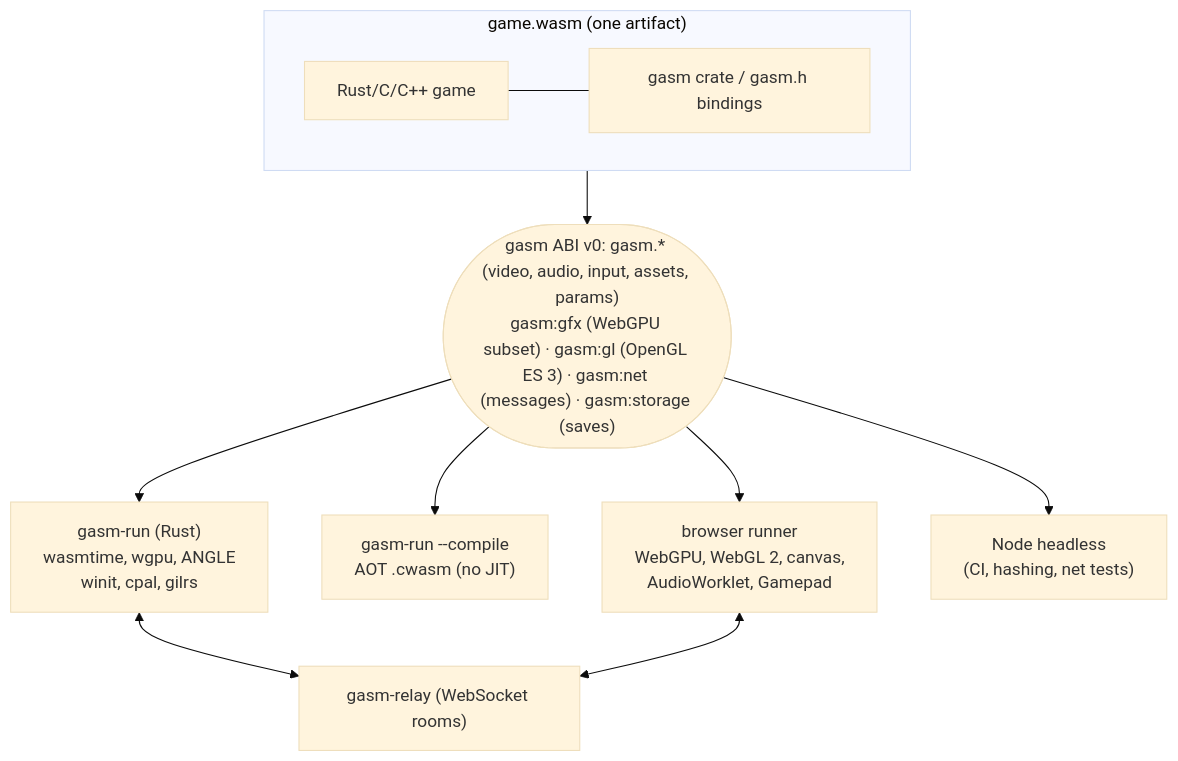
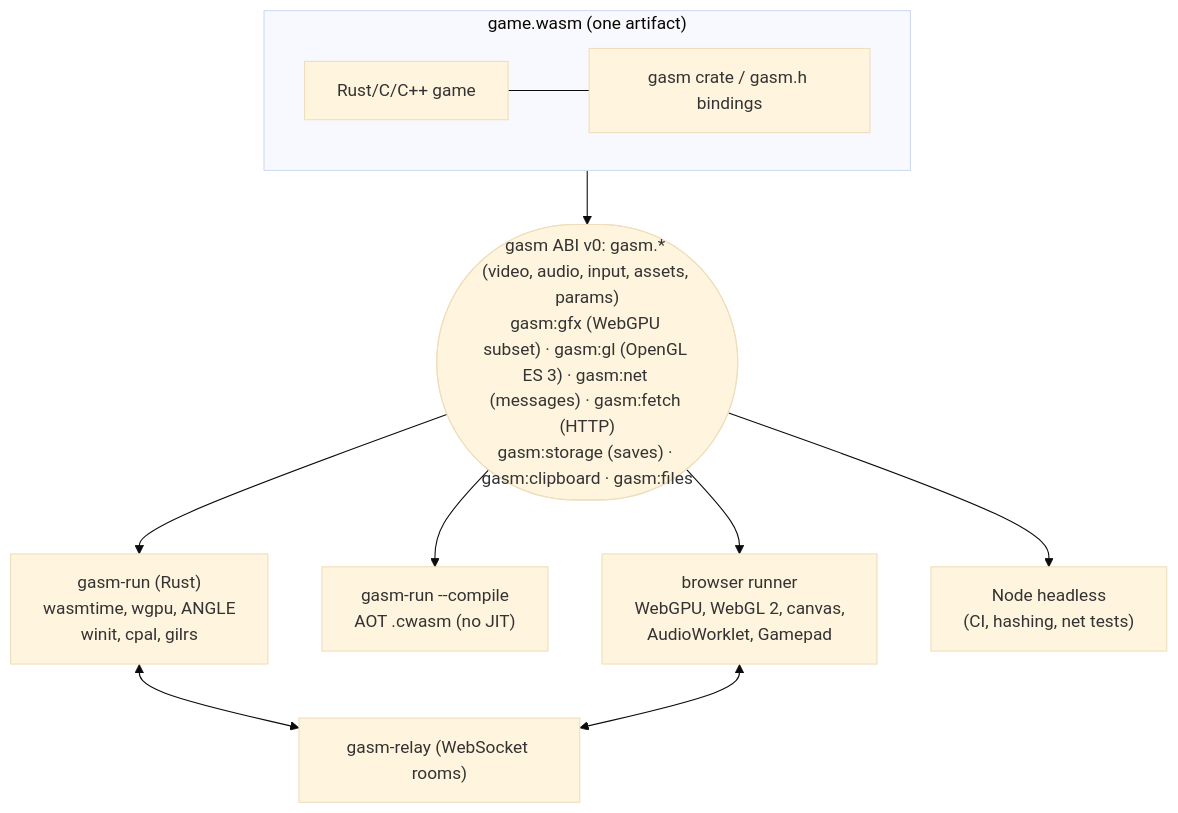
The diagram in README.md (emdzej/gasm), drawn with Mermaid (base theme) before and after one commit. The commit also changed 3 other files, not shown here.

````diff
--- a/README.md
+++ b/README.md
@@ -24,14 +24,14 @@
 ```mermaid
 flowchart TB
   subgraph game ["game.wasm (one artifact)"]
     code["Rust/C/C++ game"] --- sdk["gasm crate / gasm.h bindings"]
   end
-  game --> abi(["gasm ABI v0: gasm.* (video, audio, input, assets, params)<br/>gasm:gfx (WebGPU subset) · gasm:gl (OpenGL ES 3) · gasm:net (messages) · gasm:storage (saves)"])
+  game --> abi(["gasm ABI v0: gasm.* (video, audio, input, assets, params)<br/>gasm:gfx (WebGPU subset) · gasm:gl (OpenGL ES 3) · gasm:net (messages) · gasm:fetch (HTTP)<br/>gasm:storage (saves) · gasm:clipboard · gasm:files"])
   abi --> native["gasm-run (Rust)<br/>wasmtime, wgpu, ANGLE<br/>winit, cpal, gilrs"]
   abi --> aot["gasm-run --compile<br/>AOT .cwasm (no JIT)"]
   abi --> web["browser runner<br/>WebGPU, WebGL 2, canvas,<br/>AudioWorklet, Gamepad"]
   abi --> node["Node headless<br/>(CI, hashing, net tests)"]
   relay["gasm-relay (WebSocket rooms)"]
   native <--> relay
   web <--> relay
 ```
````
